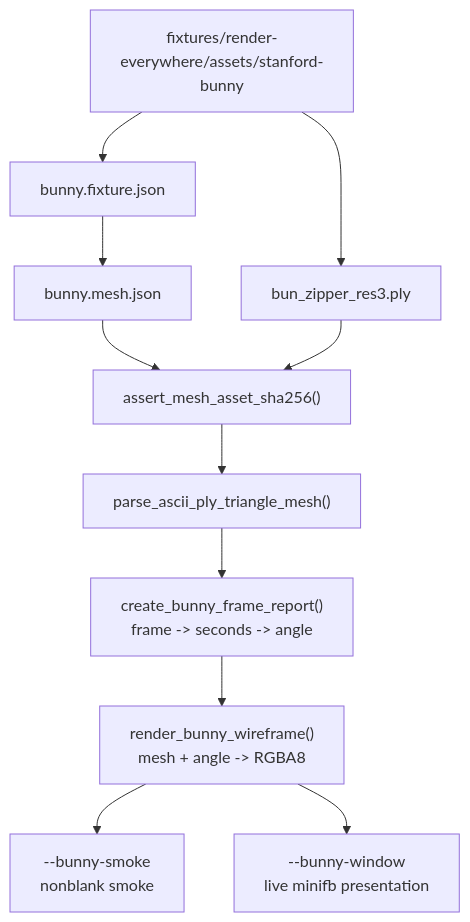
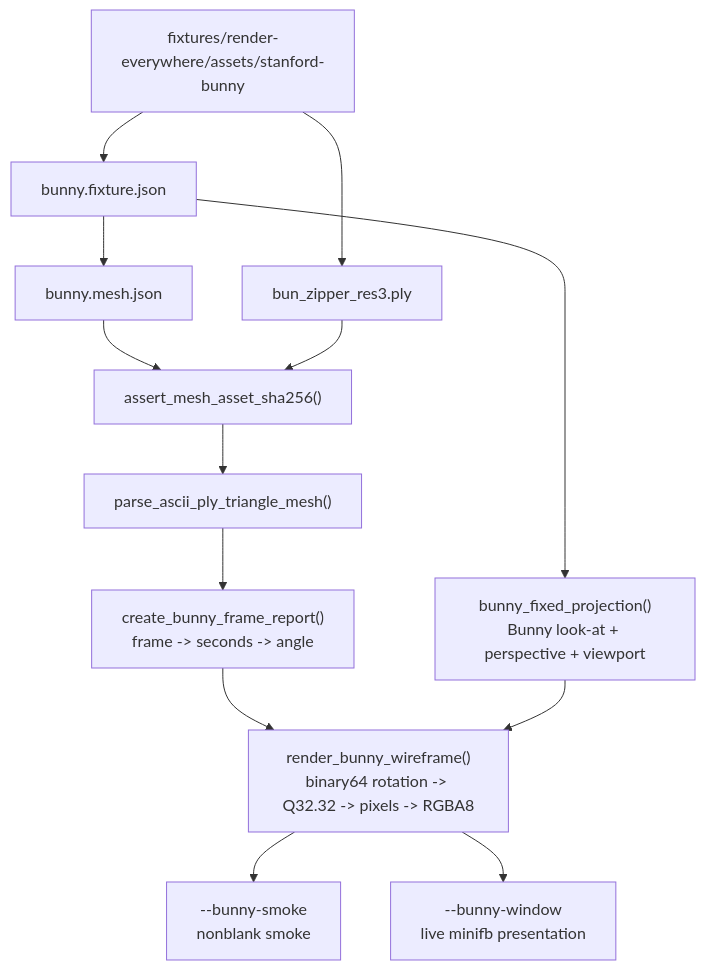
Before and after one commit to flyingrobots/geordi: diagram 21 of 28 in docs/end-to-end.md, drawn with Mermaid. The commit also changed other lines of this file and 3 other files, not shown here.

````diff
--- a/docs/end-to-end.md
+++ b/docs/end-to-end.md
@@ -1061,20 +1071,22 @@
 ```mermaid
 flowchart TD
   AssetDir["fixtures/render-everywhere/assets/stanford-bunny"]
   Fixture["bunny.fixture.json"]
   Manifest["bunny.mesh.json"]
   Ply["bun_zipper_res3.ply"]
   Hash["assert_mesh_asset_sha256()"]
   Parse["parse_ascii_ply_triangle_mesh()"]
   Frame["create_bunny_frame_report()<br/>frame -> seconds -> angle"]
-  Render["render_bunny_wireframe()<br/>mesh + angle -> RGBA8"]
+  Projection["bunny_fixed_projection()<br/>Bunny look-at + perspective + viewport"]
+  Render["render_bunny_wireframe()<br/>binary64 rotation -> Q32.32 -> pixels -> RGBA8"]
   Smoke["--bunny-smoke<br/>nonblank smoke"]
   Window["--bunny-window<br/>live minifb presentation"]
 
   AssetDir --> Fixture --> Manifest
   AssetDir --> Ply
   Manifest --> Hash
   Ply --> Hash --> Parse --> Frame --> Render
+  Fixture --> Projection --> Render
   Render --> Smoke
   Render --> Window
 ```
````
